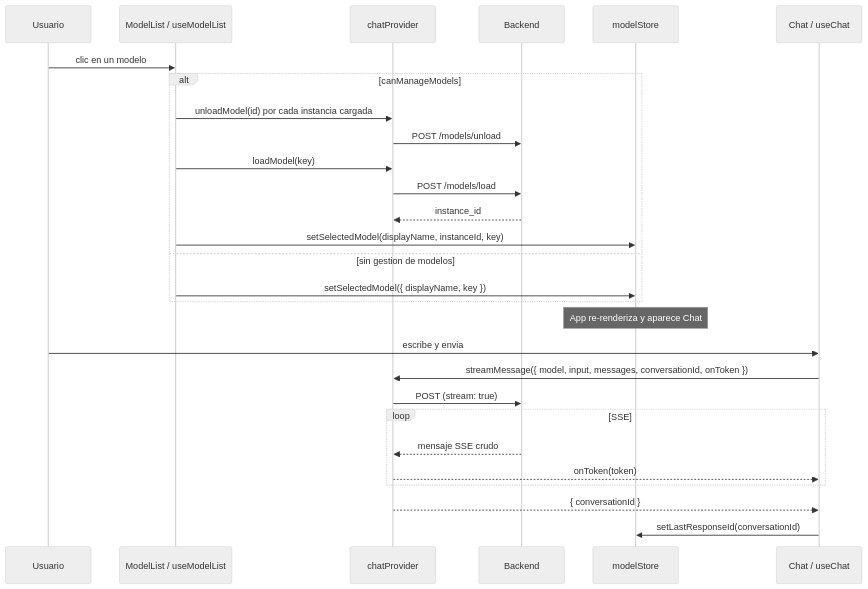
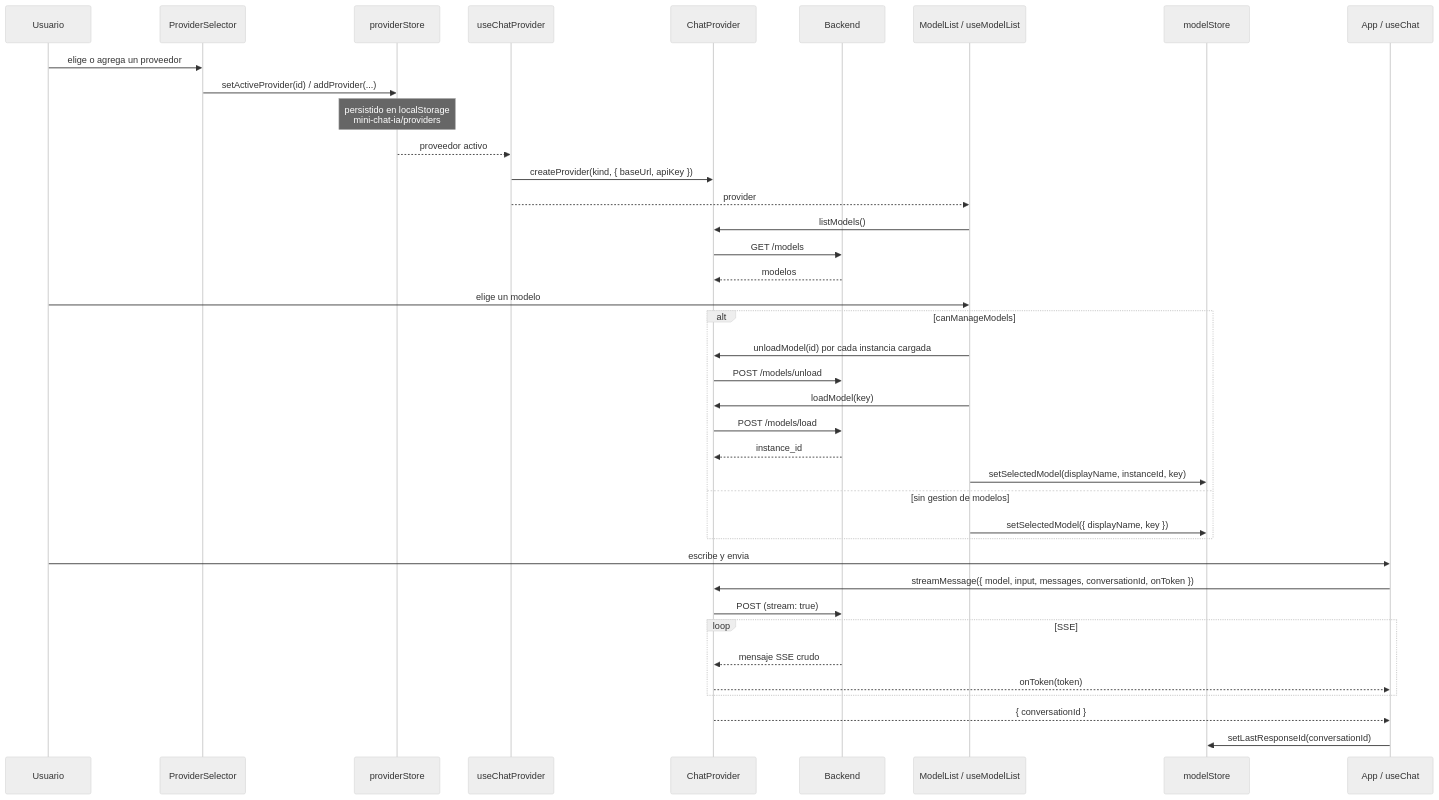
The second of 2 diagrams in docs/arquitectura.md (gaston38kpo/mini-chat-ia), drawn with Mermaid (neutral theme) before and after one commit. The commit also changed other lines of this file and 4 other files, not shown here.

````diff
--- a/docs/arquitectura.md
+++ b/docs/arquitectura.md
@@ -95,32 +138,44 @@
 ```mermaid
 sequenceDiagram
     participant U as Usuario
+    participant PS as ProviderSelector
+    participant ZP as providerStore
+    participant H as useChatProvider
+    participant P as ChatProvider
+    participant API as Backend
     participant ML as ModelList / useModelList
-    participant P as chatProvider
-    participant API as Backend
-    participant Z as modelStore
-    participant C as Chat / useChat
+    participant ZM as modelStore
+    participant C as App / useChat
 
-    U->>ML: clic en un modelo
+    U->>PS: elige o agrega un proveedor
+    PS->>ZP: setActiveProvider(id) / addProvider(...)
+    Note over ZP: persistido en localStorage<br/>mini-chat-ia/providers
+    ZP-->>H: proveedor activo
+    H->>P: createProvider(kind, { baseUrl, apiKey })
+    H-->>ML: provider
+    ML->>P: listModels()
+    P->>API: GET /models
+    API-->>P: modelos
+
+    U->>ML: elige un modelo
     alt canManageModels
         ML->>P: unloadModel(id) por cada instancia cargada
         P->>API: POST /models/unload
         ML->>P: loadModel(key)
         P->>API: POST /models/load
         API-->>P: instance_id
-        ML->>Z: setSelectedModel(displayName, instanceId, key)
+        ML->>ZM: setSelectedModel(displayName, instanceId, key)
     else sin gestion de modelos
-        ML->>Z: setSelectedModel({ displayName, key })
+        ML->>ZM: setSelectedModel({ displayName, key })
     end
-    Note over Z: App re-renderiza y aparece Chat
 
     U->>C: escribe y envia
     C->>P: streamMessage({ model, input, messages, conversationId, onToken })
     P->>API: POST (stream: true)
     loop SSE
         API-->>P: mensaje SSE crudo
         P-->>C: onToken(token)
     end
     P-->>C: { conversationId }
-    C->>Z: setLastResponseId(conversationId)
+    C->>ZM: setLastResponseId(conversationId)
 ```
````
